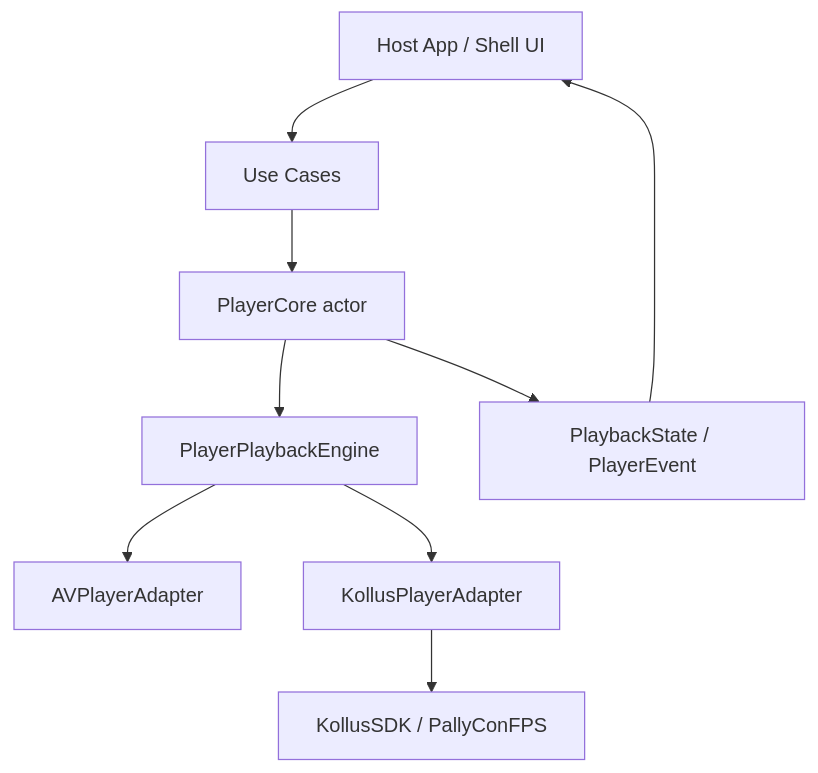
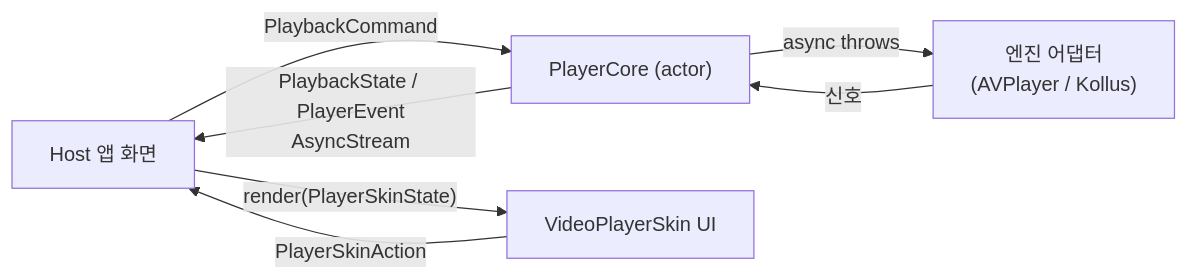
Before and after one commit to megastudymobile/ms-videoplayer-ios: the first of 2 diagrams in README.md, drawn with Mermaid. The commit also changed other lines of this file and 11 other files, not shown here.

````diff
--- a/README.md
+++ b/README.md
@@ -22,20 +12,9 @@
 ```mermaid
-flowchart TB
-    App[Host App / Shell UI]
-    UseCase[Use Cases]
-    Core[PlayerCore actor]
-    Contract[PlayerPlaybackEngine]
-    Native[AVPlayerAdapter]
-    Kollus[KollusPlayerAdapter]
-    Vendor[KollusSDK / PallyConFPS]
-    Output[PlaybackState / PlayerEvent]
-
-    App --> UseCase
-    UseCase --> Core
-    Core --> Contract
-    Contract --> Native
-    Contract --> Kollus
-    Kollus --> Vendor
-    Core --> Output
-    Output --> App
+flowchart LR
+    App[Host 앱 화면] -- "PlaybackCommand" --> Core["PlayerCore (actor)"]
+    Core -- "async throws" --> Engine["엔진 어댑터<br/>(AVPlayer / Kollus)"]
+    Engine -- "신호" --> Core
+    Core -- "PlaybackState / PlayerEvent<br/>AsyncStream" --> App
+    Skin[VideoPlayerSkin UI] -- "PlayerSkinAction" --> App
+    App -- "render(PlayerSkinState)" --> Skin
 ```
````
